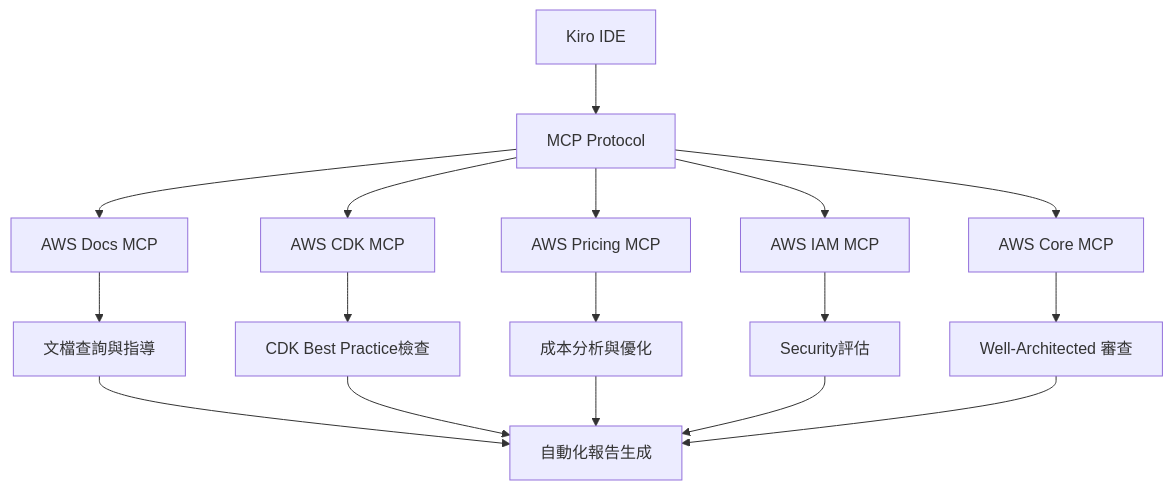
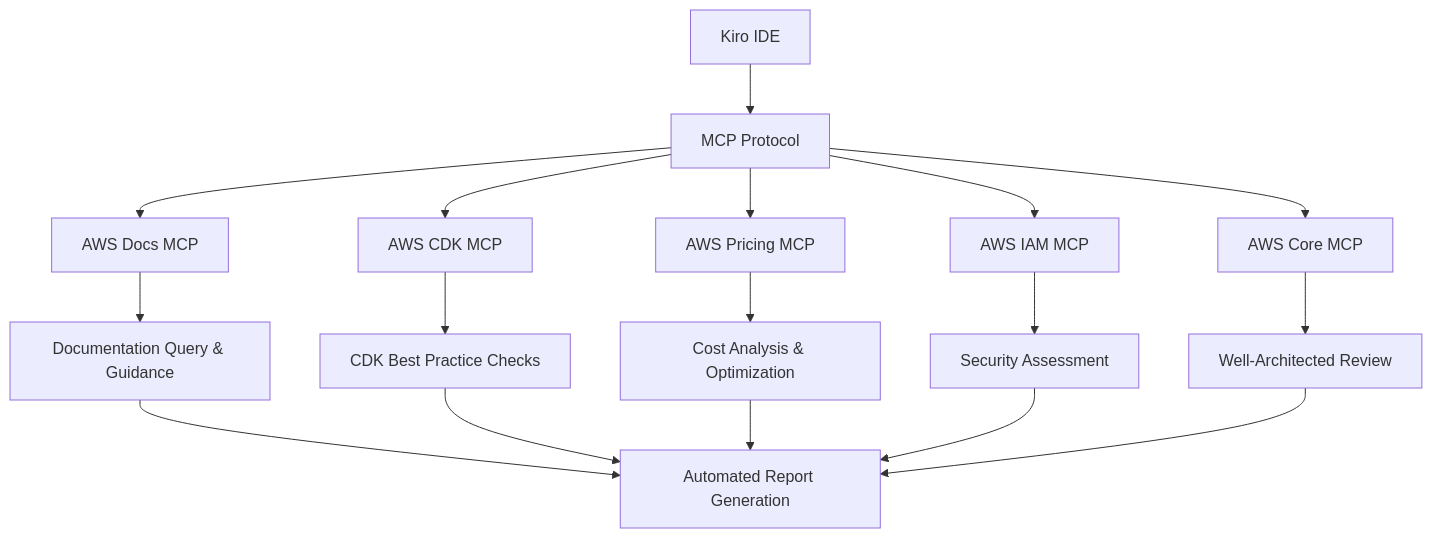
One commit to humank/genai-demo changed the first of 2 diagrams in docs/en/architecture/mcp-integration-importance.md. Above: the diagram before and after it, drawn with Mermaid. The commit also changed other lines of this file and 325 other files, not shown here.

````diff
--- a/docs/en/architecture/mcp-integration-importance.md
+++ b/docs/en/architecture/mcp-integration-importance.md
@@ -101,21 +100,21 @@
 ```mermaid
 graph TB
     A[Kiro IDE] --> B[MCP Protocol]
     B --> C[AWS Docs MCP]
     B --> D[AWS CDK MCP]
     B --> E[AWS Pricing MCP]
     B --> F[AWS IAM MCP]
     B --> G[AWS Core MCP]
     
-    C --> H[文檔查詢與指導]
-    D --> I[CDK Best Practice檢查]
-    E --> J[成本分析與優化]
-    F --> K[Security評估]
-    G --> L[Well-Architected 審查]
+    C --> H[Documentation Query & Guidance]
+    D --> I[CDK Best Practice Checks]
+    E --> J[Cost Analysis & Optimization]
+    F --> K[Security Assessment]
+    G --> L[Well-Architected Review]
     
-    H --> M[自動化報告生成]
+    H --> M[Automated Report Generation]
     I --> M
     J --> M
     K --> M
     L --> M
 ```
````
